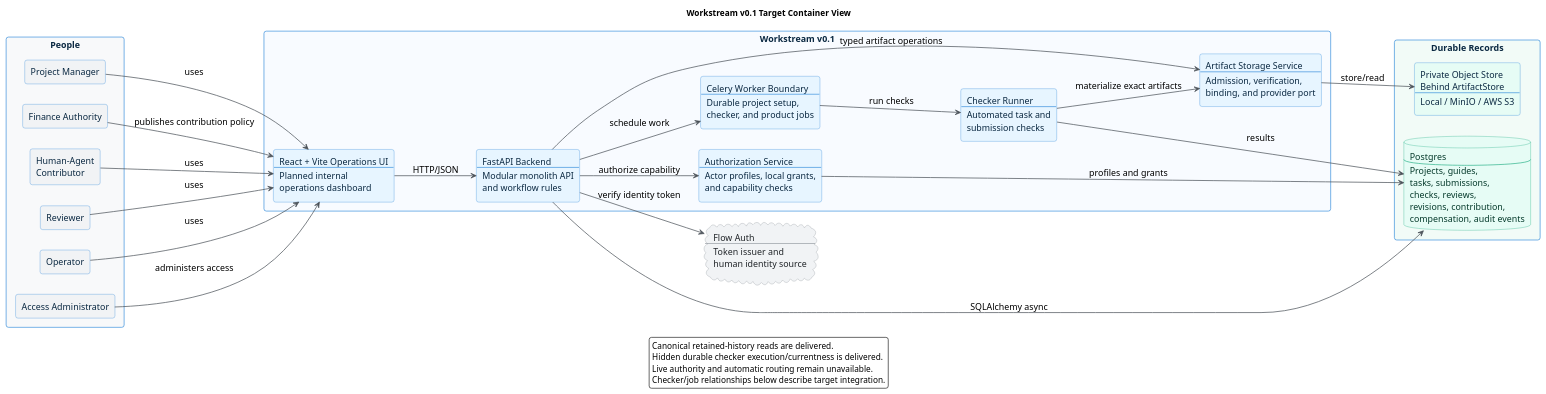
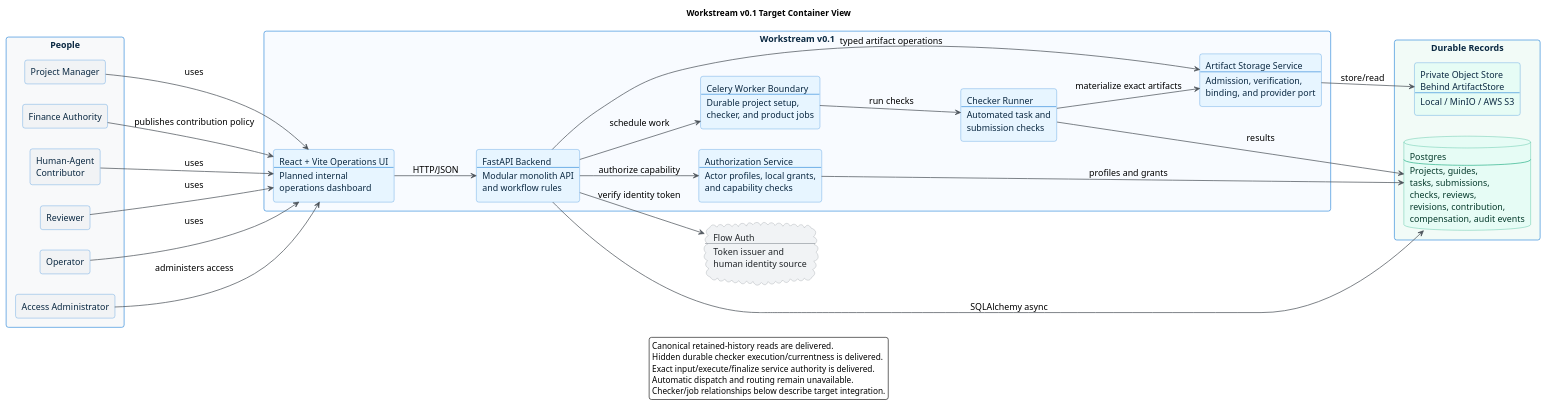
The diagram in docs/diagrams/workstream_v01_container.puml (ChuloWay/workstream), drawn with PlantUML before and after one commit. The commit also changed 42 other files, not shown here.

```diff
--- a/docs/diagrams/workstream_v01_container.puml
+++ b/docs/diagrams/workstream_v01_container.puml
@@ -1,81 +1,82 @@
 @startuml workstream_v01_container
 title Workstream v0.1 Target Container View
 
 left to right direction
 
 skinparam backgroundColor #FFFFFF
 skinparam shadowing false
 skinparam roundcorner 8
 skinparam defaultFontName Arial
 skinparam defaultFontSize 15
 skinparam ArrowColor #495057
 skinparam ArrowThickness 1.2
 skinparam packageStyle rectangle
 skinparam rectangle {
   BorderColor #1C7ED6
   BackgroundColor #E7F5FF
   FontColor #0B2942
 }
 skinparam database {
   BorderColor #0CA678
   BackgroundColor #E6FCF5
   FontColor #063B2C
 }
 skinparam cloud {
   BorderColor #868E96
   BackgroundColor #F1F3F5
   FontColor #212529
 }
 
 package "People" #F8F9FA {
   rectangle "Project Manager" as project_manager #F1F3F5
   rectangle "Finance Authority" as finance_authority #F1F3F5
   rectangle "Human-Agent\nContributor" as contributor #F1F3F5
   rectangle "Reviewer" as reviewer #F1F3F5
   rectangle "Operator" as operator #F1F3F5
   rectangle "Access Administrator" as access_administrator #F1F3F5
 }
 
 cloud "Flow Auth\n----\nToken issuer and\nhuman identity source" as flow_auth
 
 package "Workstream v0.1" #F8FBFF {
   rectangle "React + Vite Operations UI\n----\nPlanned internal\noperations dashboard" as frontend
   rectangle "FastAPI Backend\n----\nModular monolith API\nand workflow rules" as api
   rectangle "Authorization Service\n----\nActor profiles, local grants,\nand capability checks" as authorization
   rectangle "Celery Worker Boundary\n----\nDurable project setup,\nchecker, and product jobs" as jobs
   rectangle "Checker Runner\n----\nAutomated task and\nsubmission checks" as checker
   rectangle "Artifact Storage Service\n----\nAdmission, verification,\nbinding, and provider port" as storage_adapter
 }
 
 package "Durable Records" #F2FBF7 {
   database "Postgres\n----\nProjects, guides,\ntasks, submissions,\nchecks, reviews,\nrevisions, contribution,\ncompensation, audit events" as postgres
   rectangle "Private Object Store\nBehind ArtifactStore\n----\nLocal / MinIO / AWS S3" as file_store #E6FCF5
 }
 
 project_manager --> frontend : uses
 finance_authority --> frontend : publishes contribution policy
 contributor --> frontend : uses
 reviewer --> frontend : uses
 operator --> frontend : uses
 access_administrator --> frontend : administers access
 
 frontend --> api : HTTP/JSON
 api --> flow_auth : verify identity token
 api --> authorization : authorize capability
 authorization --> postgres : profiles and grants
 api --> postgres : SQLAlchemy async
 api --> storage_adapter : typed artifact operations
 api --> jobs : schedule work
 jobs --> checker : run checks
 checker --> postgres : results
 checker --> storage_adapter : materialize exact artifacts
 storage_adapter --> file_store : store/read
 
 legend bottom
   Canonical retained-history reads are delivered.
   Hidden durable checker execution/currentness is delivered.
-  Live authority and automatic routing remain unavailable.
+  Exact input/execute/finalize service authority is delivered.
+  Automatic dispatch and routing remain unavailable.
   Checker/job relationships below describe target integration.
 endlegend
 
 @enduml
```
